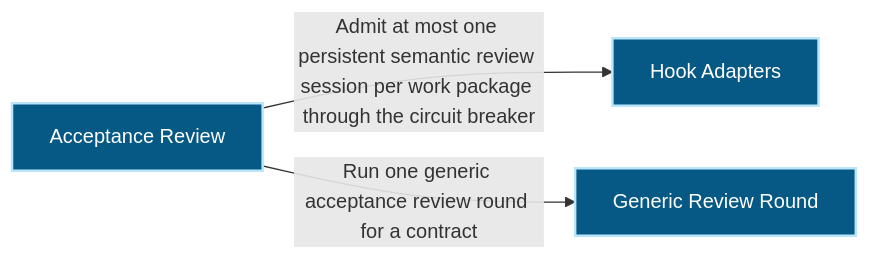
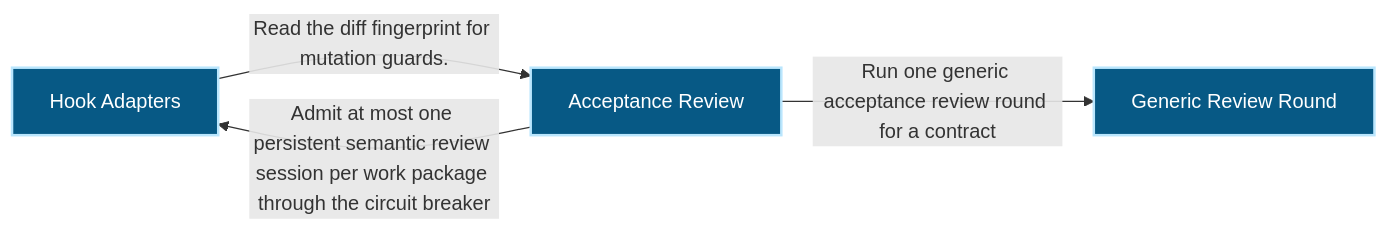
One commit to Ancienttwo/repo-harness changed the first of 2 diagrams in docs/architecture/modules/verification/acceptance-review.md. Above: the diagram before and after it, drawn with Mermaid. The commit also changed other lines of this file and 29 other files, not shown here.

Commit message:
docs(architecture): project dependency and selector repairs

````diff
--- a/docs/architecture/modules/verification/acceptance-review.md
+++ b/docs/architecture/modules/verification/acceptance-review.md
@@ -16,12 +16,13 @@
 ```mermaid
 flowchart LR
   p1_capability_runtime_harness_hook_adapters_75a11743["Hook Adapters"]:::component
   p1_capability_verification_acceptance_review_f80a24d6["Acceptance Review"]:::component
   p1_component_acceptance_review_primary_b86fb286["Generic Review Round"]:::component
   p1_capability_verification_acceptance_review_f80a24d6 -->|"Admit at most one persistent semantic review session per work package through the circuit breaker"| p1_capability_runtime_harness_hook_adapters_75a11743
   p1_capability_verification_acceptance_review_f80a24d6 -->|"Run one generic acceptance review round for a contract"| p1_component_acceptance_review_primary_b86fb286
+  p1_capability_runtime_harness_hook_adapters_75a11743 -->|"Read the diff fingerprint for mutation guards."| p1_capability_verification_acceptance_review_f80a24d6
   classDef actor fill:#111827,color:#ffffff,stroke:#f9fafb,stroke-width:2px
   classDef component fill:#075985,color:#ffffff,stroke:#bae6fd,stroke-width:2px
   classDef datastore fill:#3f6212,color:#ffffff,stroke:#d9f99d,stroke-width:2px
   classDef external fill:#7c2d12,color:#ffffff,stroke:#fed7aa,stroke-width:2px
 ```
````
